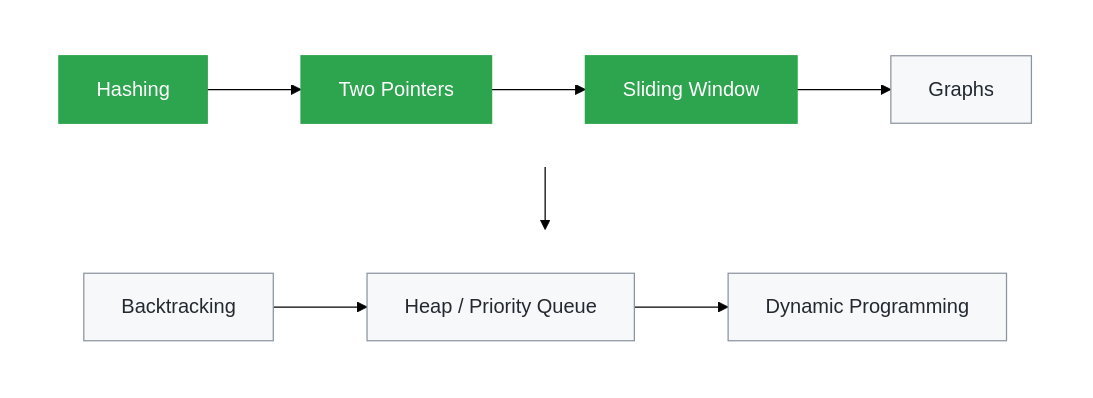
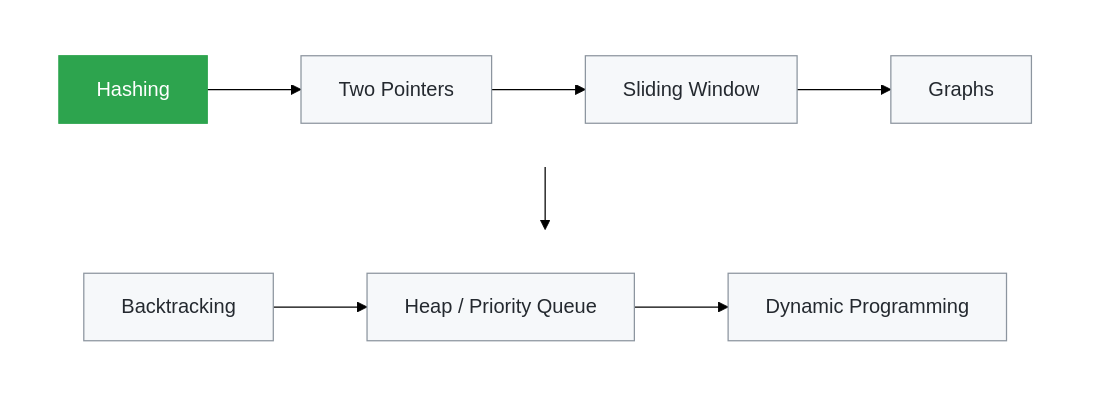
The diagram in README.md (yuviyashu/java-dsa-patterns), drawn with Mermaid (forest theme) before and after one commit.

Commit message:
Fix README roadmap to mark only Hashing as done

````diff
--- a/README.md
+++ b/README.md
@@ -14,18 +14,18 @@
 ```mermaid
 flowchart TB
     subgraph row1 [" "]
         direction LR
         A[Hashing] --> B[Two Pointers] --> C[Sliding Window] --> D[Graphs]
     end
     subgraph row2 [" "]
         direction LR
         E[Backtracking] --> F[Heap / Priority Queue] --> G[Dynamic Programming]
     end
     row1 --> row2
     style row1 fill:none,stroke:none
     style row2 fill:none,stroke:none
     classDef done fill:#2da44e,color:#fff,stroke:#2da44e
     classDef next fill:#f6f8fa,color:#24292f,stroke:#8c959f
-    class A,B,C done
-    class D,E,F,G next
+    class A done
+    class B,C,D,E,F,G next
 ```
````
